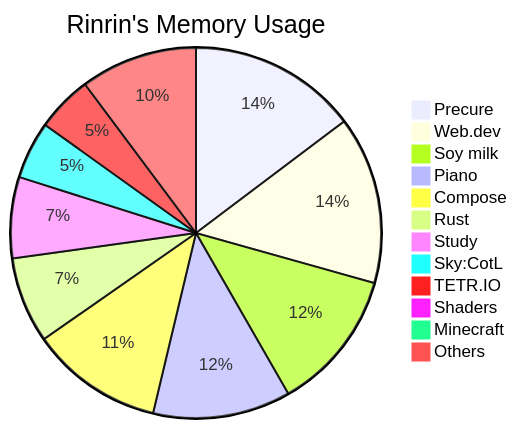
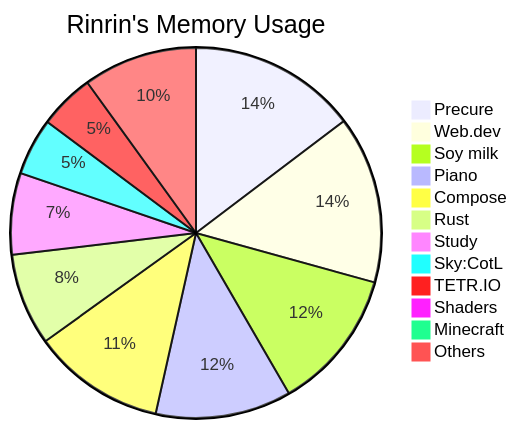
One commit to Rinrin0413/Rinrin0413 changed the diagram in README.md. Above: the diagram before and after it, drawn with Mermaid.

Commit message:
🛠 Update: Rinrin's Memory Usage

````diff
--- a/README.md
+++ b/README.md
@@ -76,15 +76,15 @@
 ```mermaid
 pie title Rinrin's Memory Usage
-    "Precure": 593
-    "Web.dev": 589
-    "Soy milk": 497
-    "Piano": 484
-    "Compose": 466
-    "Rust": 302
-    "Study": 285
+    "Precure": 596
+    "Web.dev": 593
+    "Soy milk": 501
+    "Piano": 481
+    "Compose": 470
+    "Rust": 326
+    "Study": 289
     "Sky:CotL": 202
-    "TETR.IO": 197
-    "Shaders": 34
+    "TETR.IO": 196
+    "Shaders": 32
     "Minecraft": 30
-    "Others": 411
+    "Others": 404
 ```
````
